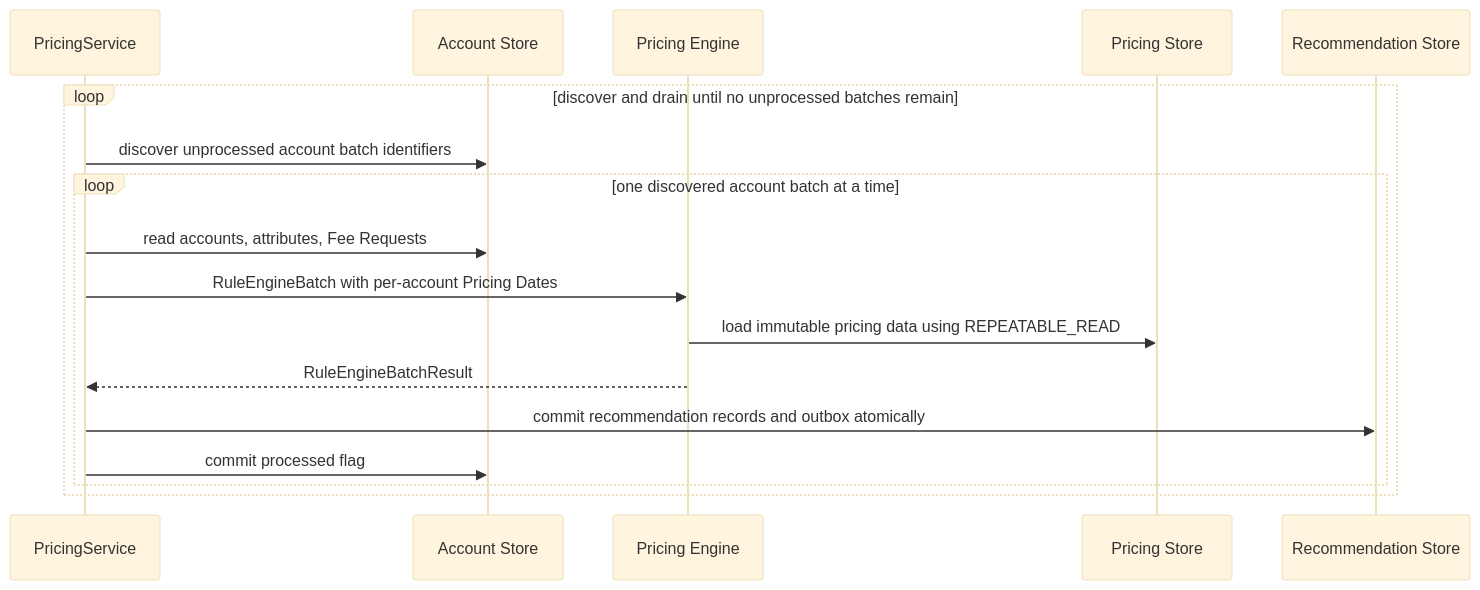
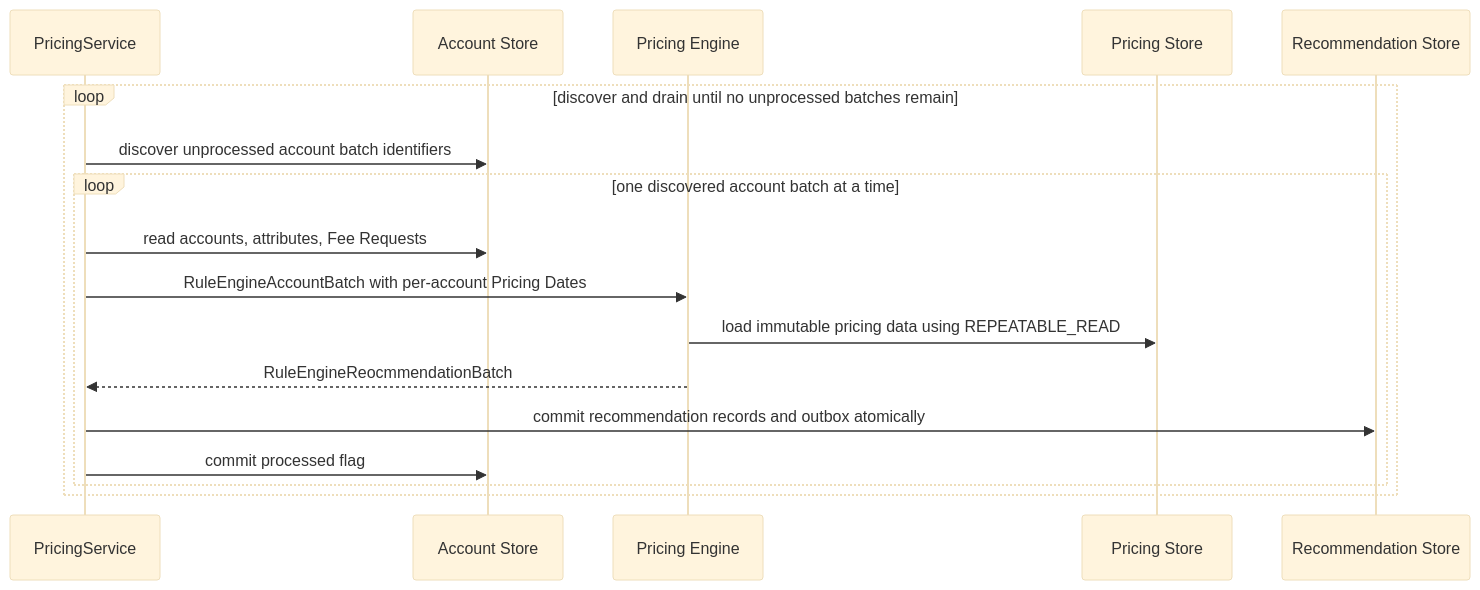
Before and after one commit to DerekThree/pricing-app: the diagram in docs/agents/wiki/03 Workflows/Evaluate a Pricing Batch.md, drawn with Mermaid (base theme). The commit also changed other lines of this file and 7 other files, not shown here.

````diff
--- a/docs/agents/wiki/03 Workflows/Evaluate a Pricing Batch.md
+++ b/docs/agents/wiki/03 Workflows/Evaluate a Pricing Batch.md
@@ -16,19 +16,19 @@
 ```mermaid
 sequenceDiagram
     participant S as PricingService
     participant A as Account Store
     participant E as Pricing Engine
     participant C as Pricing Store
     participant R as Recommendation Store
     loop discover and drain until no unprocessed batches remain
         S->>A: discover unprocessed account batch identifiers
         loop one discovered account batch at a time
             S->>A: read accounts, attributes, Fee Requests
-            S->>E: RuleEngineBatch with per-account Pricing Dates
+            S->>E: RuleEngineAccountBatch with per-account Pricing Dates
             E->>C: load immutable pricing data using REPEATABLE_READ
-            E-->>S: RuleEngineBatchResult
+            E-->>S: RuleEngineReocmmendationBatch
             S->>R: commit recommendation records and outbox atomically
             S->>A: commit processed flag
         end
     end
 ```
````
